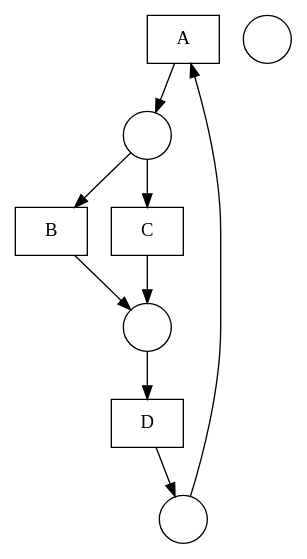
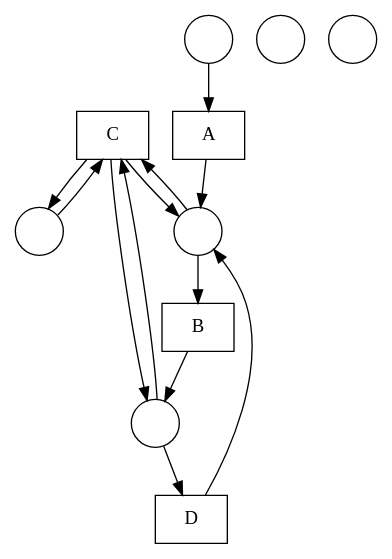
Before and after one commit to DWitek97/GeneticMiner: the diagram in nets/Fittest net.gv, drawn with Graphviz. The commit also changed 6 other files, not shown here.

```diff
--- a/nets/Fittest net.gv
+++ b/nets/Fittest net.gv
@@ -1,20 +1,26 @@
 digraph "Fittest net" {
 	node [shape=box]
+	C [label=C]
+	B [label=B]
 	A [label=A]
-	B [label=B]
 	D [label=D]
-	C [label=C]
 	node [shape=circle]
 	1 [label=" "]
 	2 [label=" "]
 	3 [label=" "]
 	4 [label=" "]
+	5 [label=" "]
+	6 [label=" "]
+	4 -> C
+	2 -> C
+	3 -> C
+	C -> 3
+	C -> 4
+	C -> 2
+	3 -> B
+	B -> 4
 	1 -> A
-	A -> 2
-	2 -> B
-	B -> 4
+	A -> 3
 	4 -> D
-	D -> 1
-	2 -> C
-	C -> 4
+	D -> 3
 }
```
